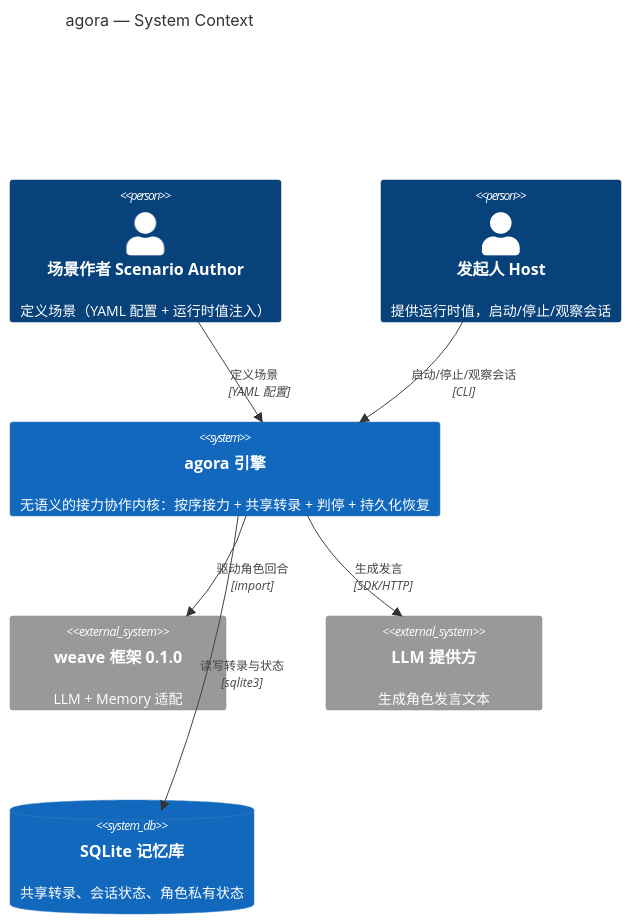
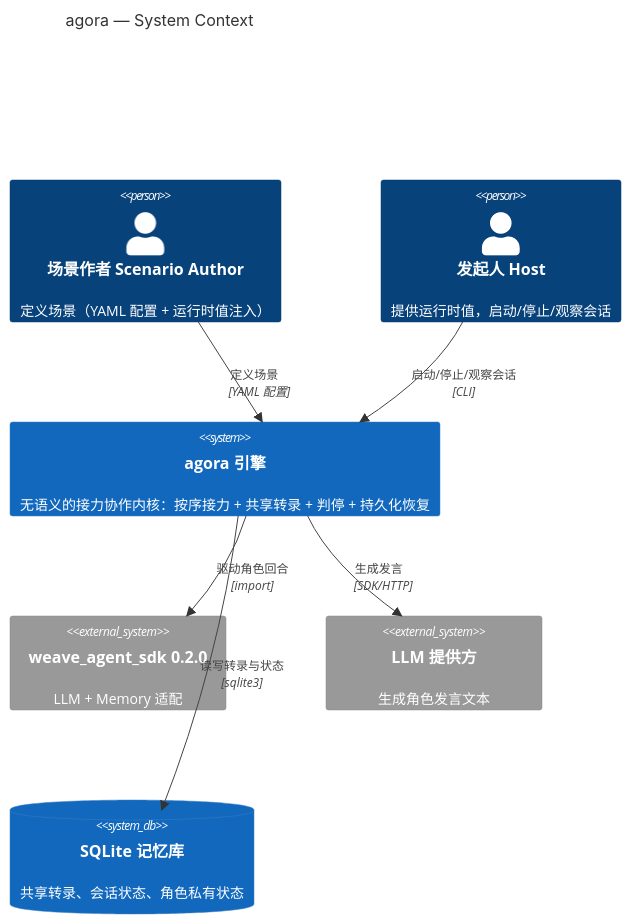
Before and after one commit to Asher0501/Agora: the first of 14 diagrams in docs/features/agora/sad.md, drawn with Mermaid. The commit also changed other lines of this file and 2 other files, not shown here.

````diff
--- a/docs/features/agora/sad.md
+++ b/docs/features/agora/sad.md
@@ -88,17 +88,17 @@
 ```mermaid
 C4Context
     title agora — System Context
 
     Person(author, "场景作者 Scenario Author", "定义场景（YAML 配置 + 运行时值注入）")
     Person(host, "发起人 Host", "提供运行时值，启动/停止/观察会话")
     System(app, "agora 引擎", "无语义的接力协作内核：按序接力 + 共享转录 + 判停 + 持久化恢复")
-    System_Ext(weave, "weave 框架 0.1.0", "LLM + Memory 适配")
+    System_Ext(weave, "weave_agent_sdk 0.2.0", "LLM + Memory 适配")
     System_Ext(llm, "LLM 提供方", "生成角色发言文本")
     SystemDb(store, "SQLite 记忆库", "共享转录、会话状态、角色私有状态")
 
     Rel(author, app, "定义场景", "YAML 配置")
     Rel(host, app, "启动/停止/观察会话", "CLI")
     Rel(app, weave, "驱动角色回合", "import")
     Rel(app, llm, "生成发言", "SDK/HTTP")
     Rel(app, store, "读写转录与状态", "sqlite3")
 ```
````
